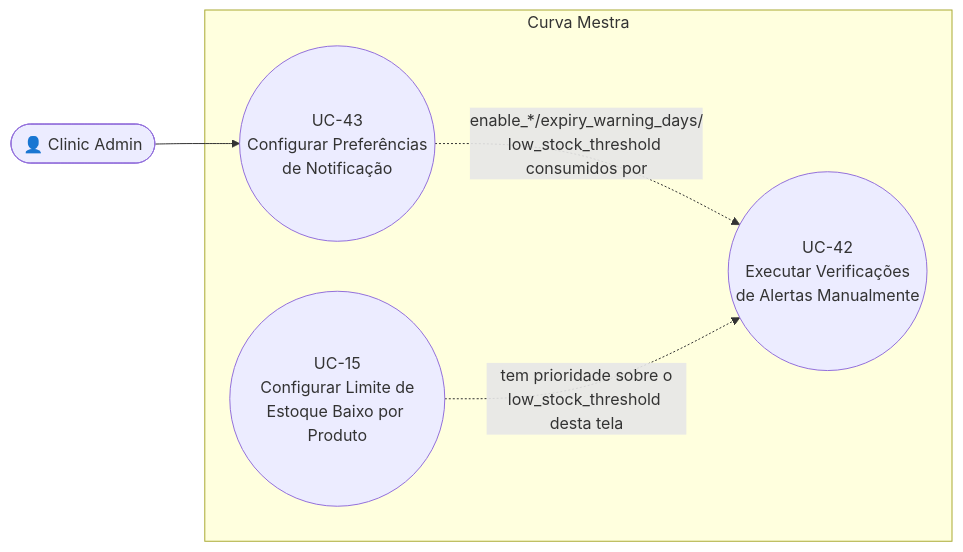
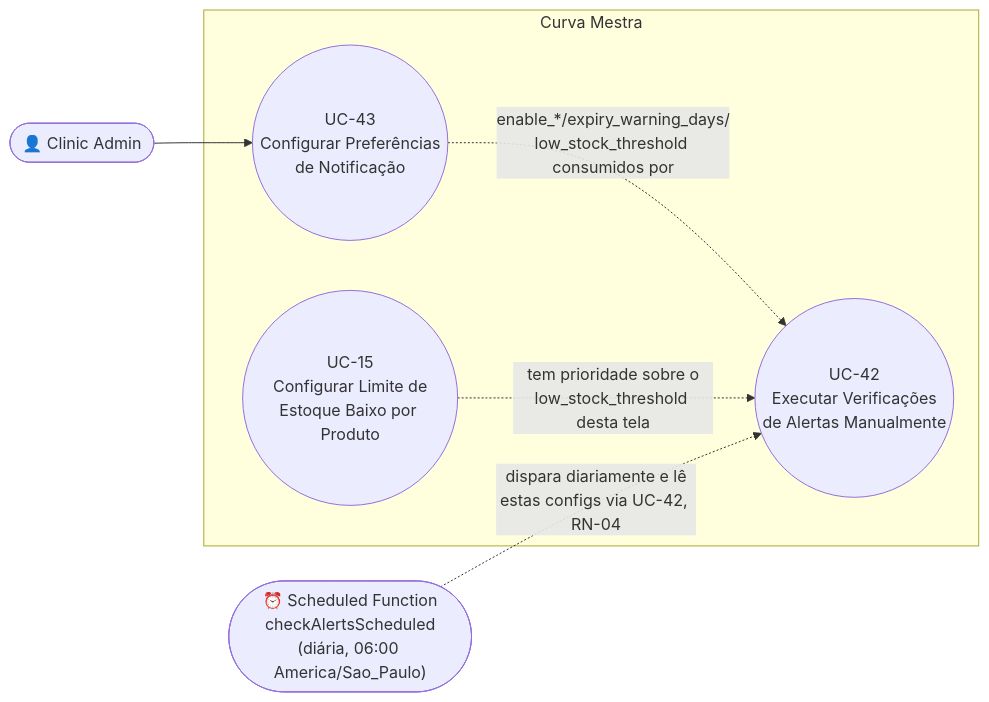
Before and after one commit to GScandelari/curva_mestra_system: the diagram in ONLY_FOR_DEVS/PO_BA_Docs/UC-43-configurar-preferencias-de-notificacao.md, drawn with Mermaid. The commit also changed other lines of this file, not shown here.

First line of the commit message:
docs(po-ba): sync UC-43 RN-04/RN-08 with checkAlertsScheduled automation (v1.3.0)

````diff
--- a/ONLY_FOR_DEVS/PO_BA_Docs/UC-43-configurar-preferencias-de-notificacao.md
+++ b/ONLY_FOR_DEVS/PO_BA_Docs/UC-43-configurar-preferencias-de-notificacao.md
@@ -16,14 +16,16 @@
 ```mermaid
 flowchart LR
     ClinicAdmin([👤 Clinic Admin])
+    Cron(["⏰ Scheduled Function\ncheckAlertsScheduled\n(diária, 06:00 America/Sao_Paulo)"])
 
     subgraph Sistema["Curva Mestra"]
         UC43(("UC-43\nConfigurar Preferências\nde Notificação"))
         UC42(("UC-42\nExecutar Verificações\nde Alertas Manualmente"))
         UC15(("UC-15\nConfigurar Limite de\nEstoque Baixo por Produto"))
     end
 
     ClinicAdmin --> UC43
     UC43 -.->|enable_*/expiry_warning_days/\nlow_stock_threshold consumidos por| UC42
     UC15 -.->|tem prioridade sobre o\nlow_stock_threshold desta tela| UC42
+    Cron -.->|dispara diariamente e lê\nestas configs via UC-42, RN-04| UC42
 ```
````
